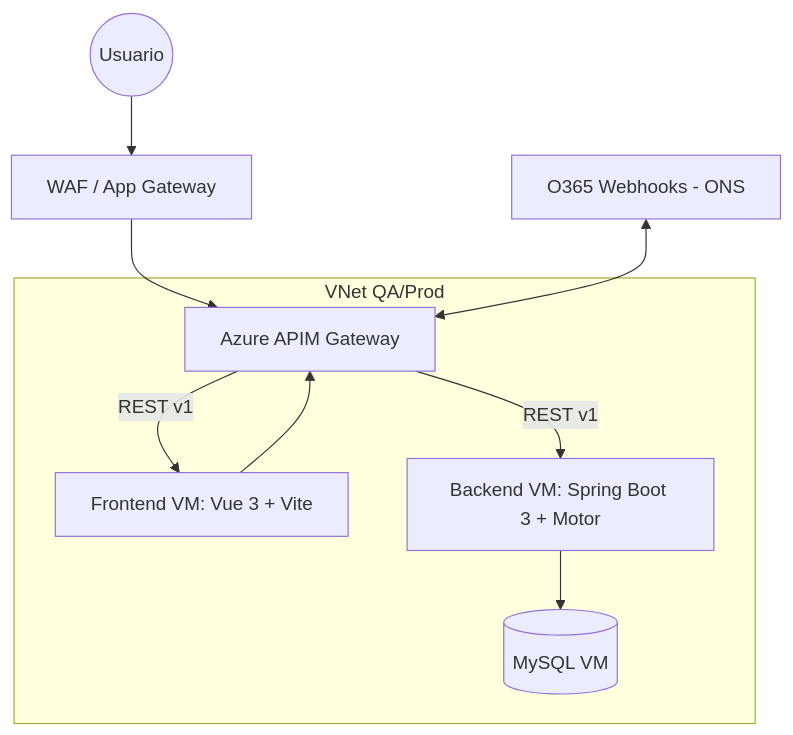
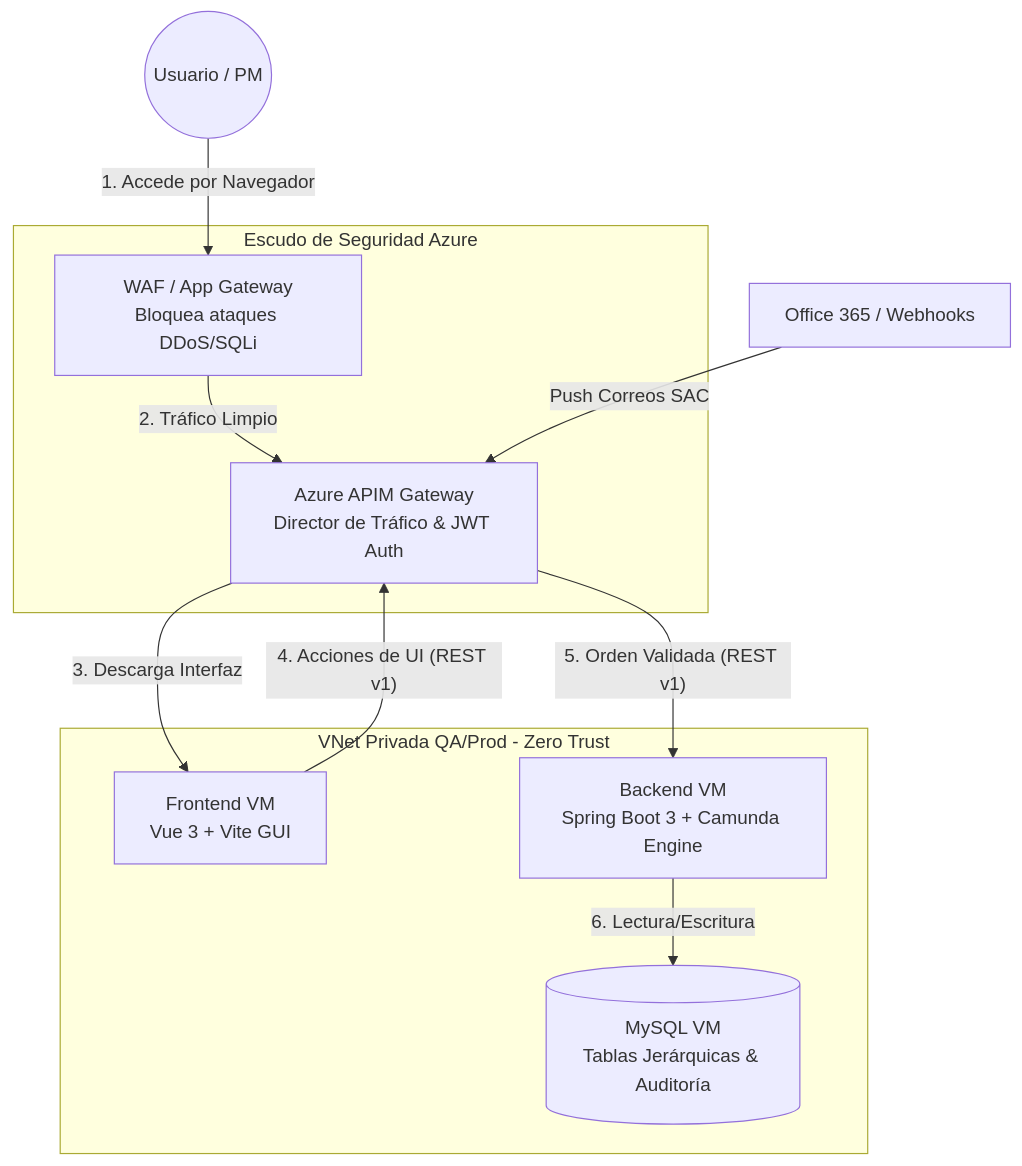
One commit to haroldklag85/ibpms-platform changed the first of 5 diagrams in docs/architecture/implementation_plan.md. Above: the diagram before and after it, drawn with Mermaid. The commit also changed 63 other files, not shown here.

Commit message:
docs: add architectural decisions, validation reports, and PO instructions

````diff
--- a/docs/architecture/implementation_plan.md
+++ b/docs/architecture/implementation_plan.md
@@ -25,14 +25,32 @@
 ```mermaid
 graph TD
-    User((Usuario)) --> WAF[WAF / App Gateway]
-    WAF --> APIM[Azure APIM Gateway]
+    %% EXTERNAL ENTITIES
+    User((Usuario / PM))
+    O365[Office 365 / Webhooks]
     
-    subgraph VNet QA/Prod
-        APIM -->|REST v1| FE[Frontend VM: Vue 3 + Vite]
-        FE --> APIM
-        APIM -->|REST v1| BE[Backend VM: Spring Boot 3 + Motor]
-        BE --> DB[(MySQL VM)]
+    %% SECURITY PERIMETER
+    subgraph Perimeter [Escudo de Seguridad Azure]
+        WAF[WAF / App Gateway<br/>Bloquea ataques DDoS/SQLi]
+        APIM[Azure APIM Gateway<br/>Director de Tráfico & JWT Auth]
     end
+
+    %% PRIVATE NETWORK
+    subgraph VNet [VNet Privada QA/Prod - Zero Trust]
+        FE[Frontend VM<br/>Vue 3 + Vite GUI]
+        BE[Backend VM<br/>Spring Boot 3 + Camunda Engine]
+        DB[(MySQL VM<br/>Tablas Jerárquicas & Auditoría)]
+    end
+
+    %% TRAFFIC FLOW (USER)
+    User -- "1. Accede por Navegador" --> WAF
+    WAF -- "2. Tráfico Limpio" --> APIM
+    APIM -- "3. Descarga Interfaz" --> FE
     
-    O365[O365 Webhooks - ONS] <--> APIM
+    %% TRAFFIC FLOW (APP EXECUTION)
+    FE -- "4. Acciones de UI (REST v1)" --> APIM
+    APIM -- "5. Orden Validada (REST v1)" --> BE
+    BE -- "6. Lectura/Escritura" --> DB
+    
+    %% TRAFFIC FLOW (INTEGRATIONS)
+    O365 -- "Push Correos SAC" --> APIM
 ```
````
